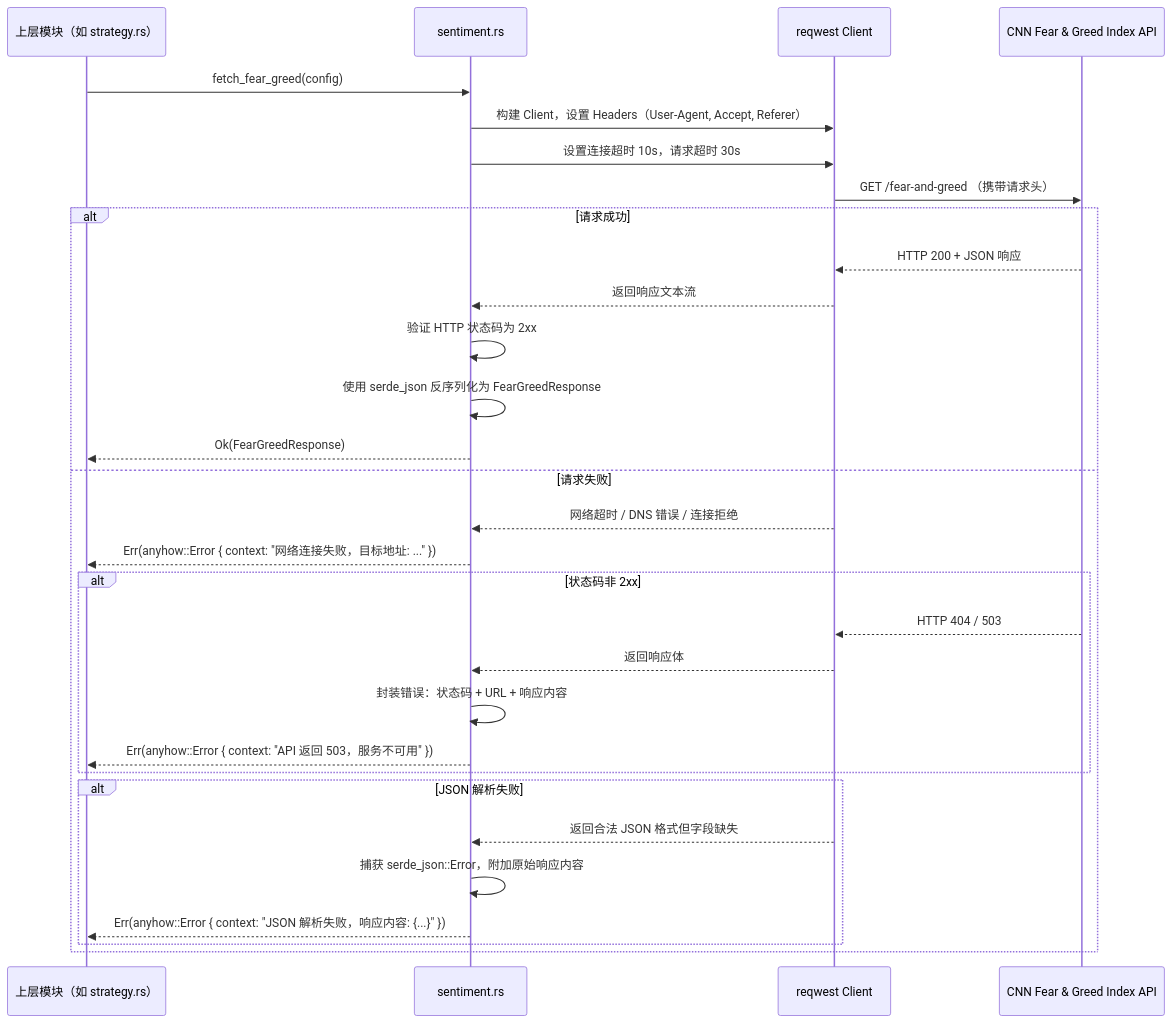
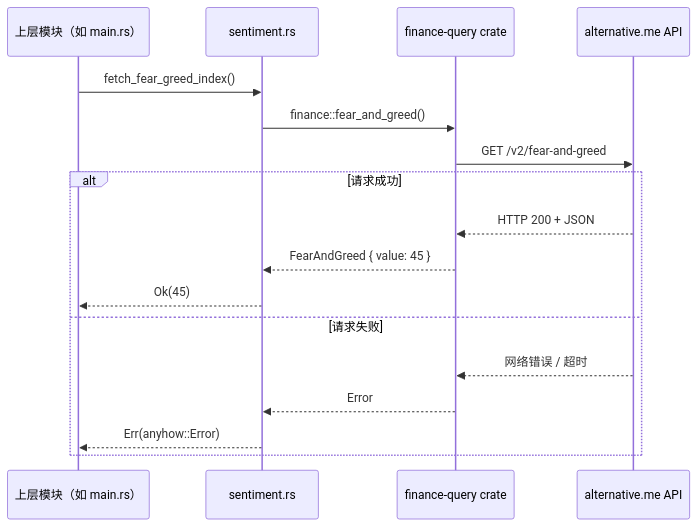
One commit to sopaco/money-never-sleep changed the first of 3 diagrams in litho.docs/4、深入探索/外部数据获取.md. Above: the diagram before and after it, drawn with Mermaid. The commit also changed other lines of this file and 36 other files, not shown here.

Commit message:
Integrate finance-query crate and clean up old backtest files

````diff
--- a/litho.docs/4、深入探索/外部数据获取.md
+++ b/litho.docs/4、深入探索/外部数据获取.md
@@ -102,33 +63,20 @@
 ```mermaid
 sequenceDiagram
-    participant U as 上层模块（如 strategy.rs）
+    participant U as 上层模块（如 main.rs）
     participant S as sentiment.rs
-    participant C as reqwest Client
-    participant API as CNN Fear & Greed Index API
+    participant FQ as finance-query crate
+    participant API as alternative.me API
 
-    U->>S: fetch_fear_greed(config)
-    S->>C: 构建 Client，设置 Headers（User-Agent, Accept, Referer）
-    S->>C: 设置连接超时 10s，请求超时 30s
-    C->>API: GET /fear-and-greed （携带请求头）
+    U->>S: fetch_fear_greed_index()
+    S->>FQ: finance::fear_and_greed()
+    FQ->>API: GET /v2/fear-and-greed
     alt 请求成功
-        API-->>C: HTTP 200 + JSON 响应
-        C-->>S: 返回响应文本流
-        S->>S: 验证 HTTP 状态码为 2xx
-        S->>S: 使用 serde_json 反序列化为 FearGreedResponse
-        S-->>U: Ok(FearGreedResponse)
+        API-->>FQ: HTTP 200 + JSON
+        FQ-->>S: FearAndGreed { value: 45 }
+        S-->>U: Ok(45)
     else 请求失败
-        C-->>S: 网络超时 / DNS 错误 / 连接拒绝
-        S-->>U: Err(anyhow::Error { context: "网络连接失败，目标地址: ..." })
-        alt 状态码非 2xx
-            API-->>C: HTTP 404 / 503
-            C-->>S: 返回响应体
-            S->>S: 封装错误：状态码 + URL + 响应内容
-            S-->>U: Err(anyhow::Error { context: "API 返回 503，服务不可用" })
-        end
-        alt JSON 解析失败
-            C-->>S: 返回合法 JSON 格式但字段缺失
-            S->>S: 捕获 serde_json::Error，附加原始响应内容
-            S-->>U: Err(anyhow::Error { context: "JSON 解析失败，响应内容: {...}" })
-        end
+        API-->>FQ: 网络错误 / 超时
+        FQ-->>S: Error
+        S-->>U: Err(anyhow::Error)
     end
 ```
````
